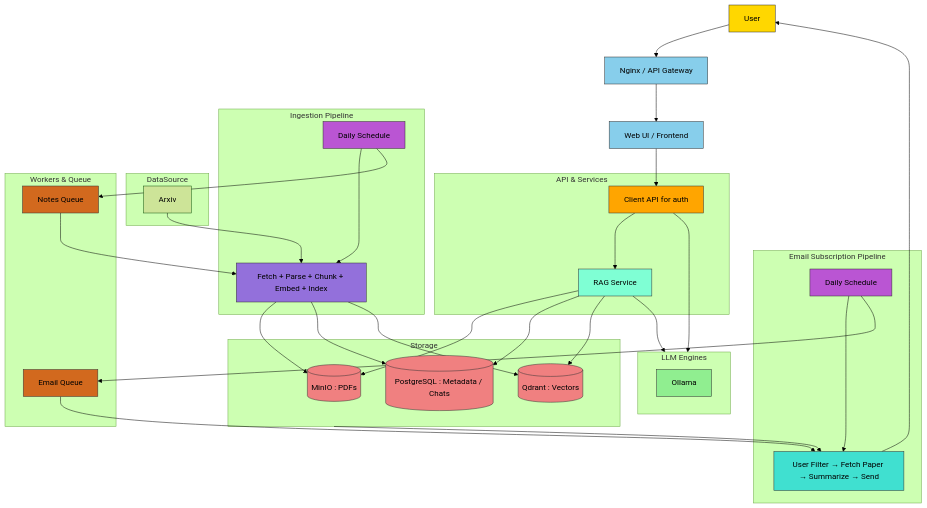
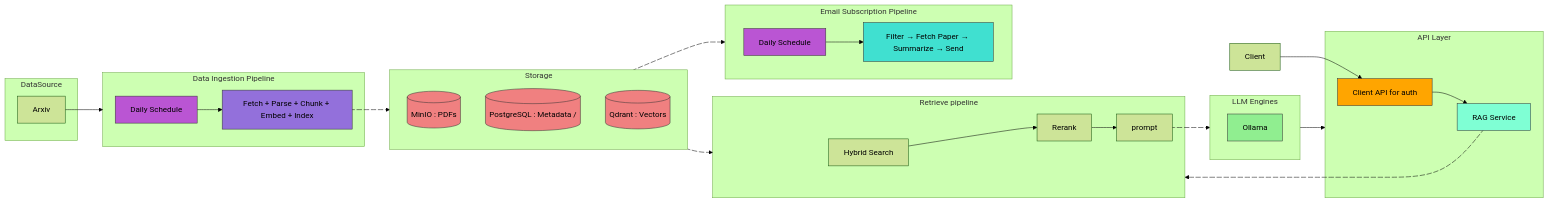
The diagram in README_ZH.MD (a920604a/llm-assistant), drawn with Mermaid (forest theme) before and after one commit. The commit also changed 2 other files, not shown here.

Commit message:
add animation

````diff
--- a/README_ZH.MD
+++ b/README_ZH.MD
@@ -91,15 +91,21 @@
 ```mermaid
-flowchart TB
-%% ======================
-%% 使用者入口
-%% ======================
-User[User]:::user --> Nginx[Nginx / API Gateway]:::frontend
-Nginx --> Client[Web UI / Frontend]:::frontend
+flowchart LR
 
-%% ======================
-%% API & Services
-%% ======================
-subgraph API[API & Services]
+subgraph Data[DataSource]
+  Arxiv
+end
+
+
+Arxiv --> Ingest
+
+
+subgraph Ingest[Data Ingestion Pipeline]
+  Scheduler[Daily Schedule]:::scheduler
+  IngestFlow[Fetch + Parse + Chunk + Embed + Index]:::pipeline1
+end
+
+
+subgraph API[API Layer]
   FastAPI[Client API for auth]:::api
   NoteServer[RAG Service]:::service
 end
@@ -107,74 +113,48 @@
 Client --> FastAPI
 FastAPI --> NoteServer
 
-%% ======================
-%% Storage
-%% ======================
-subgraph Storage[Storage]
-  MinIO[(MinIO : PDFs)]:::storage
-  PostgreSQL[(PostgreSQL : Metadata / Chats)]:::storage
-  Qdrant[(Qdrant : Vectors)]:::storage
+Storage e3@ --> Retrieve
+subgraph Retrieve[Retrieve pipeline]
+    Search[Hybrid Search ] --> Rerank
+    Rerank --> prompt
 end
 
-NoteServer --> MinIO
-NoteServer --> PostgreSQL
-NoteServer --> Qdrant
-FastAPI    --> LLM
-NoteServer --> LLM
+prompt e4@ --> LLM
 
-%% ======================
-%% LLM
-%% ======================
 subgraph LLM[LLM Engines]
   Ollama[Ollama]:::llm
 end
 
-%% ======================
-%% Ingestion Pipeline (Routine 1)
-%% ======================
-subgraph Ingest[Ingestion Pipeline]
-  Scheduler[Daily Schedule]:::scheduler
-  IngestFlow[Fetch + Parse + Chunk + Embed + Index]:::pipeline1
+subgraph Storage[Storage]
+  MinIO[(MinIO : PDFs)]:::storage
+  PostgreSQL[(PostgreSQL : Metadata / )]:::storage
+  Qdrant[(Qdrant : Vectors)]:::storage
 end
 
-subgraph Data[DataSource]
-Arxiv
-end
-Arxiv --> IngestFlow
+NoteServer e5@ --> Retrieve
+LLM --> API
+
+
+
 Scheduler --> IngestFlow
-IngestFlow --> MinIO
-IngestFlow --> PostgreSQL
-IngestFlow --> Qdrant
+IngestFlow e1@ --> Storage
 
-%% ======================
-%% Email Subscription Pipeline (Routine 2)
-%% ======================
+
 subgraph Subscription[Email Subscription Pipeline]
+    direction LR
   SubSched[Daily Schedule]:::scheduler
-  SubFlow[User Filter → Fetch Paper → Summarize → Send]:::pipeline2
+  SubFlow[Filter → Fetch Paper → Summarize → Send]:::pipeline2
+    SubSched --> SubFlow
 end
 
-SubSched --> SubFlow
-Storage --> SubFlow
-SubFlow --> User
+Storage e2@ --> Subscription 
 
-%% ======================
-%% Workers & Queue
-%% ======================
-subgraph Worker[Workers & Queue]
-  Queue1[Notes Queue]:::queue
-  Queue2[Email Queue]:::queue
-end
+e1@{ animation: slow }
+e2@{ animation: slow }
+e3@{ animation: fast }
+e4@{ animation: fast }
+e5@{ animation: fast }
 
-Scheduler --> Queue1
-SubSched --> Queue2
-Queue1 --> IngestFlow
-Queue2 --> SubFlow
-
-%% ======================
-%% 顏色樣式
-%% ======================
-classDef user fill:#FFD700,stroke:#333,stroke-width:1px
 classDef frontend fill:#87CEEB,stroke:#333,stroke-width:1px
 classDef api fill:#FFA500,stroke:#333,stroke-width:1px
 classDef service fill:#7FFFD4,stroke:#333,stroke-width:1px
@@ -187,4 +167,6 @@
 classDef data fill:#C0C0C0,stroke:#333,stroke-width:1px
 
 
+
+
 ```
````
